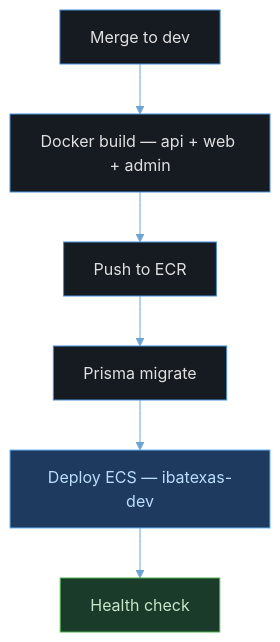
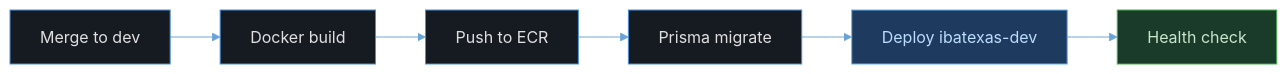
One commit to BrunoRodolpho/ibatexas changed the sixth of 7 diagrams in docs/architecture/README.md. Above: the diagram before and after it, drawn with Mermaid. The commit also changed other lines of this file, not shown here.

Commit message:
docs(arch): change deploy pipeline diagrams to horizontal (LR)

````diff
--- a/docs/architecture/README.md
+++ b/docs/architecture/README.md
@@ -292,12 +292,8 @@
 ```mermaid
 %%{init: {'theme': 'base', 'themeVariables': {'primaryColor': '#1e3a5f', 'primaryTextColor': '#e0e0e0', 'primaryBorderColor': '#4a90d9', 'lineColor': '#6ba3d6', 'background': '#0d1117', 'mainBkg': '#161b22', 'clusterBkg': '#161b22', 'clusterBorder': '#30363d'}}}%%
-flowchart TD
-  S0[Merge to dev] --> S1[Docker build — api + web + admin]
-  S1 --> S2[Push to ECR]
-  S2 --> S3[Prisma migrate]
-  S3 --> S4["Deploy ECS — ibatexas-dev"]
-  S4 --> S5[Health check]
+flowchart LR
+  S0[Merge to dev] --> S1[Docker build] --> S2[Push to ECR] --> S3[Prisma migrate] --> S4["Deploy ibatexas-dev"] --> S5[Health check]
 
   style S4 fill:#1e3a5f,stroke:#64b5f6,color:#bbdefb
   style S5 fill:#1a3a2a,stroke:#4caf50,color:#c8e6c9
 ```
````
